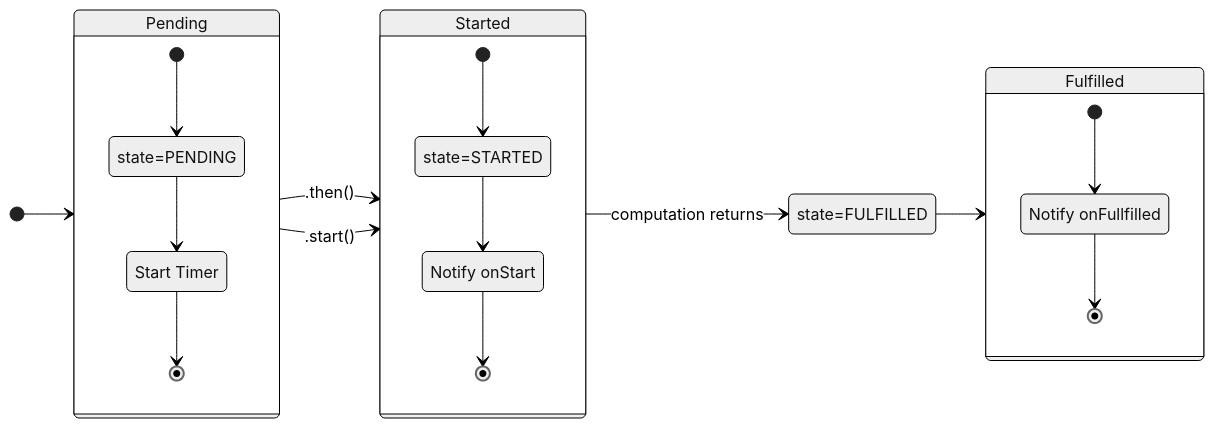
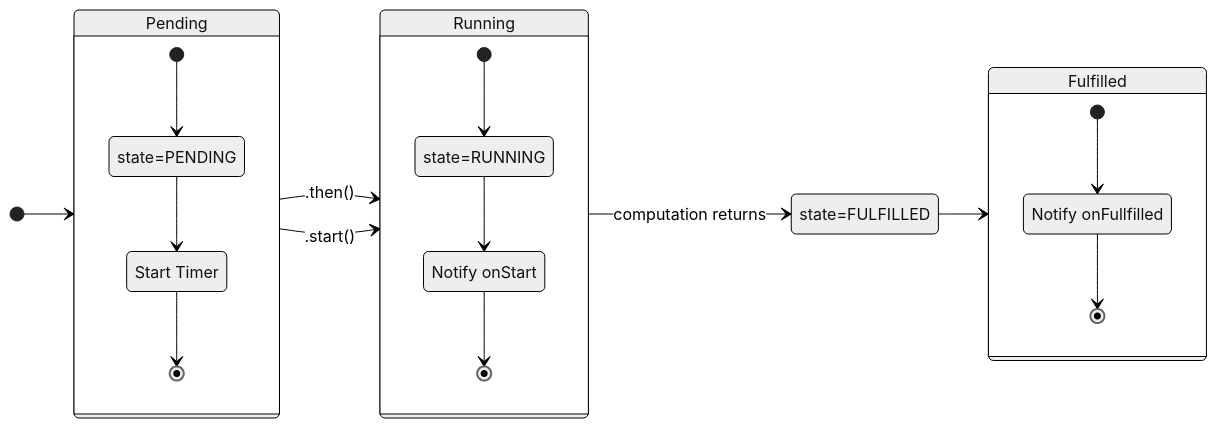
The diagram in src/assets/resolve.mmd (BobKerns/better-future), drawn with Mermaid (neutral theme) before and after one commit. The commit also changed 12 other files, not shown here.

Commit message:
Rename STARTED to RUNNING

```diff
--- a/src/assets/resolve.mmd
+++ b/src/assets/resolve.mmd
@@ -1,27 +1,27 @@
 stateDiagram-v2
     direction LR
     [*] --> Pending
-    Pending --> Started : .then()
-    Pending --> Started : .start()
-    Started --> state=FULFILLED : computation returns
+    Pending --> Running : .then()
+    Pending --> Running : .start()
+    Running --> state=FULFILLED : computation returns
     state=FULFILLED --> Fulfilled
 
     state Pending {
       [*] --> state=PENDING
       state=PENDING --> Timer
       Timer --> [*]
       Timer : Start Timer
     }
 
-    state Started {
-      [*] --> state=STARTED
-      state=STARTED --> NotifyStarted
+    state Running {
+      [*] --> state=RUNNING
+      state=RUNNING --> NotifyStarted
       NotifyStarted --> [*]
       NotifyStarted : Notify onStart
     }
 
     state Fulfilled {
       [*] --> NotifyFulfilled
       NotifyFulfilled --> [*]
       NotifyFulfilled : Notify onFullfilled
     }
```
